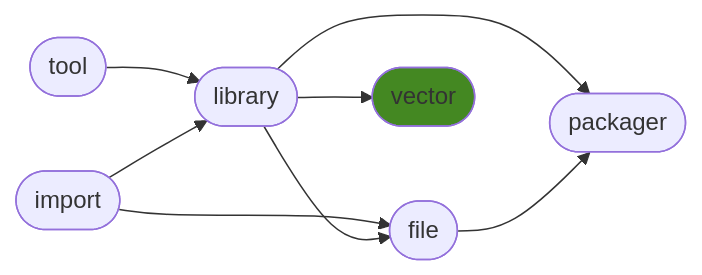
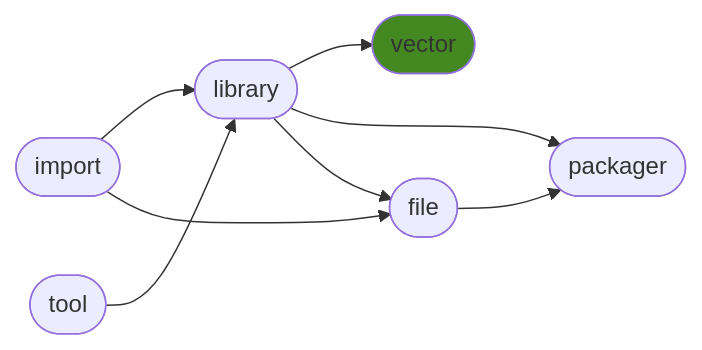
The diagram in README.md (ManderaGeneral/generalvector), drawn with Mermaid before and after one commit. The commit also changed other lines of this file, not shown here.

````diff
--- a/README.md
+++ b/README.md
@@ -24,17 +24,17 @@
 ```mermaid
 flowchart LR
-2([library]) --> 5([packager])
+3([file]) --> 5([packager])
 1([tool]) --> 2([library])
 2([library]) --> 4([vector])
+0([import]) --> 2([library])
+2([library]) --> 5([packager])
+2([library]) --> 3([file])
 0([import]) --> 3([file])
-2([library]) --> 3([file])
-3([file]) --> 5([packager])
-0([import]) --> 2([library])
 click 0 "https://github.com/ManderaGeneral/generalimport"
 click 1 "https://github.com/ManderaGeneral/generaltool"
 click 2 "https://github.com/ManderaGeneral/generallibrary"
 click 3 "https://github.com/ManderaGeneral/generalfile"
 click 4 "https://github.com/ManderaGeneral/generalvector"
 click 5 "https://github.com/ManderaGeneral/generalpackager"
 style 4 fill:#482
 ```
````
